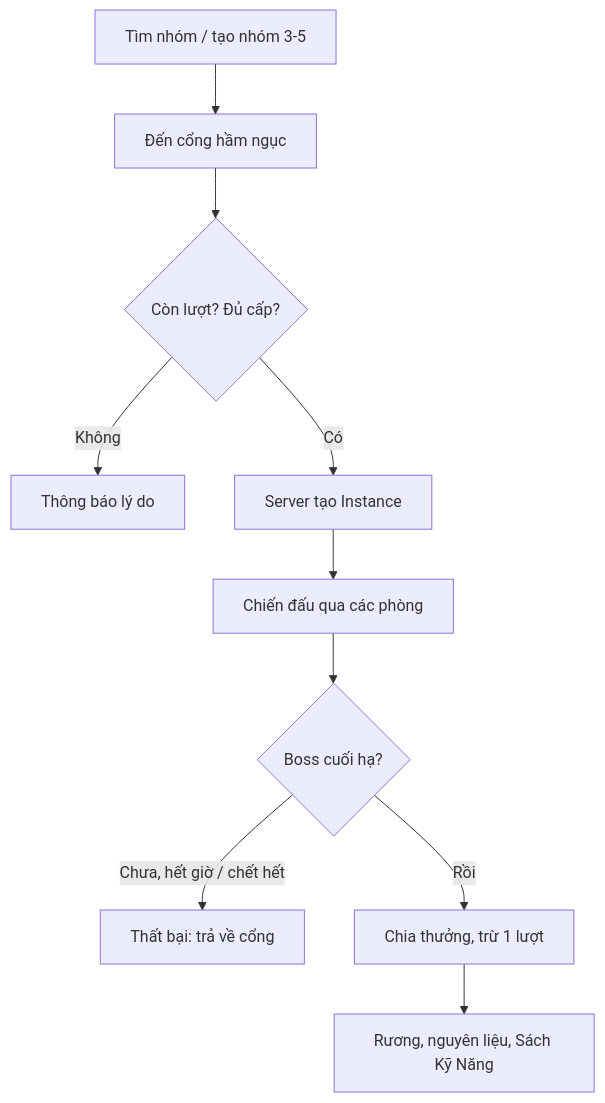
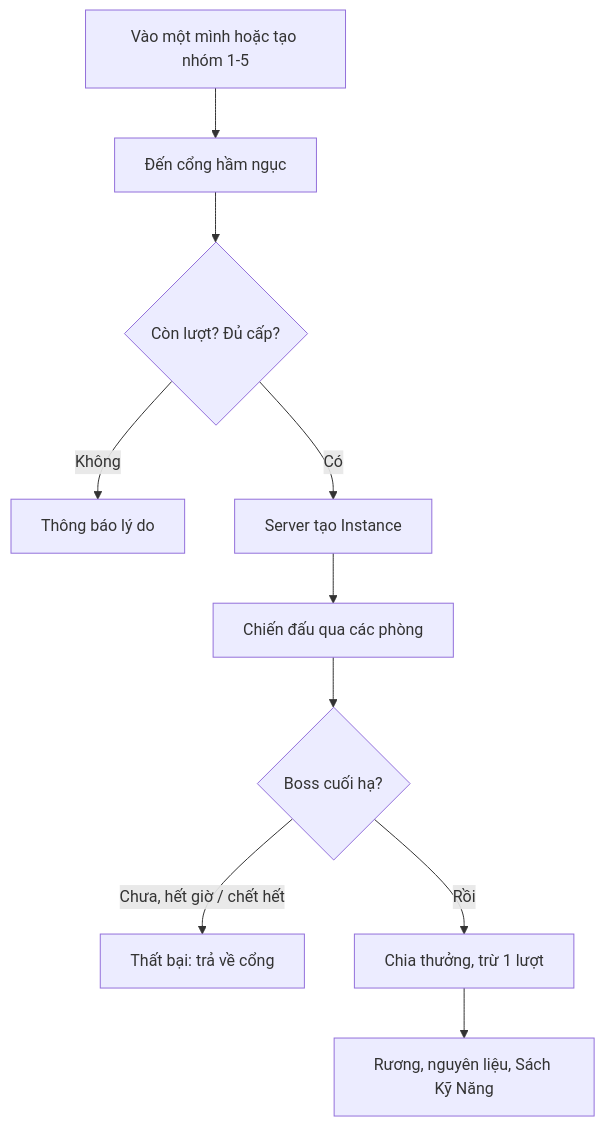
Before and after one commit to thehuygnouhk/game-2d: diagram 13 of 13 in docs/workflows/player-journey.md, drawn with Mermaid. The commit also changed 16 other files, not shown here.

````diff
--- a/docs/workflows/player-journey.md
+++ b/docs/workflows/player-journey.md
@@ -251,12 +251,12 @@
 ```mermaid
 flowchart TD
-    A["Tìm nhóm / tạo nhóm 3-5"] --> B["Đến cổng hầm ngục"]
+    A["Vào một mình hoặc tạo nhóm 1-5"] --> B["Đến cổng hầm ngục"]
     B --> C{"Còn lượt? Đủ cấp?"}
     C -- "Không" --> C1["Thông báo lý do"]
     C -- "Có" --> D["Server tạo Instance"]
     D --> E["Chiến đấu qua các phòng"]
     E --> F{"Boss cuối hạ?"}
     F -- "Chưa, hết giờ / chết hết" --> G["Thất bại: trả về cổng"]
     F -- "Rồi" --> H["Chia thưởng, trừ 1 lượt"]
     H --> I["Rương, nguyên liệu, Sách Kỹ Năng"]
 ```
````
